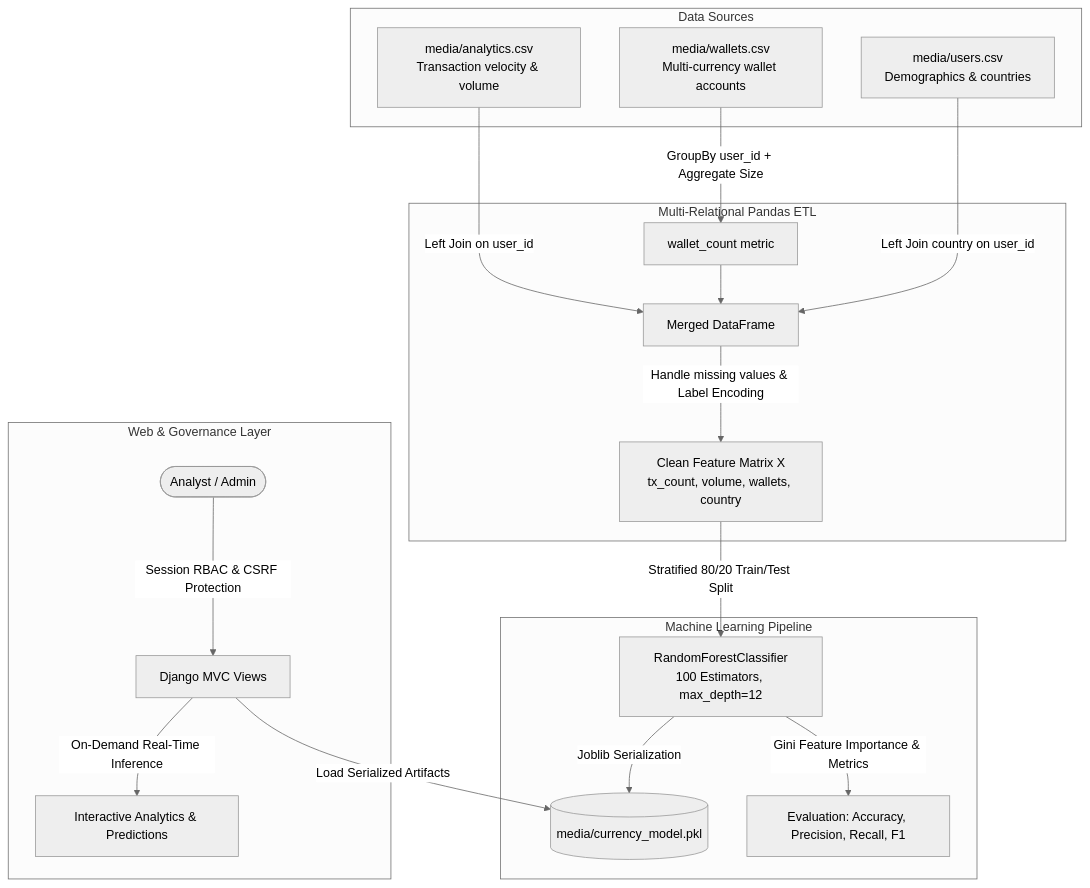
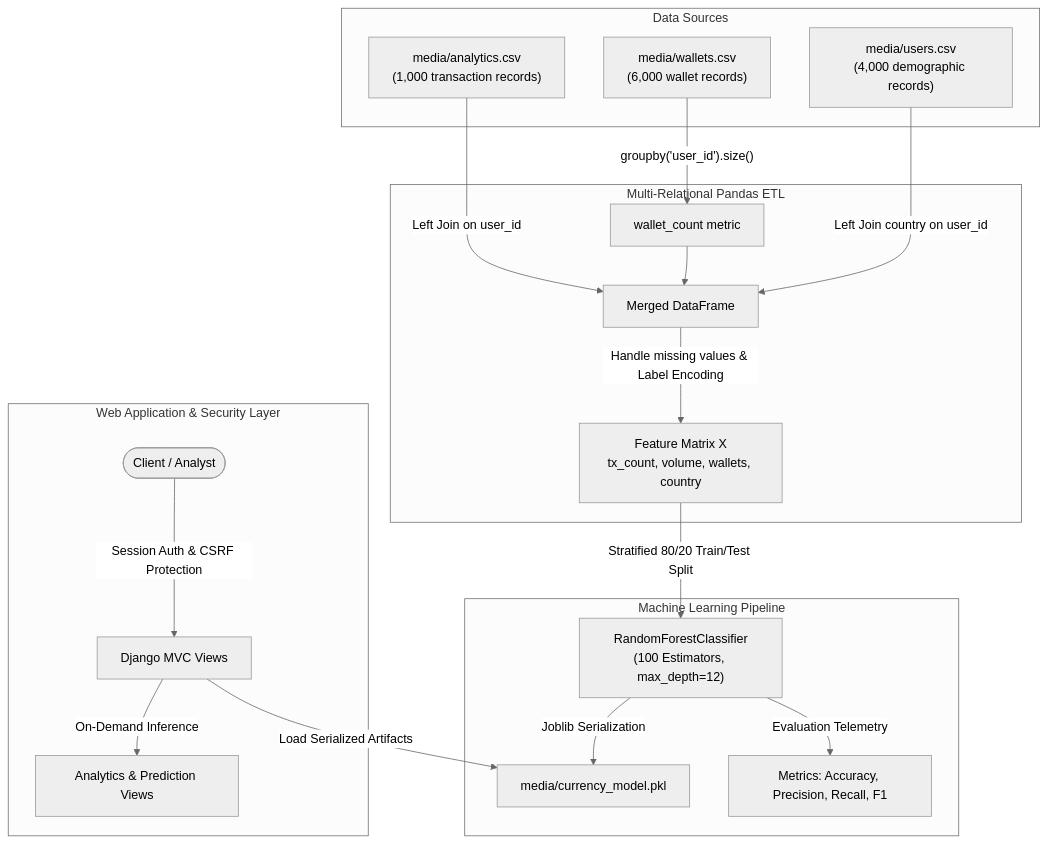
Before and after one commit to mullewarpramodh-tech/digital-currency-analytics-platform: the diagram in README.md, drawn with Mermaid (neutral theme). The commit also changed other lines of this file, not shown here.

````diff
--- a/README.md
+++ b/README.md
@@ -40,28 +53,28 @@
 ```mermaid
 flowchart TD
     subgraph Data Sources
-        A1[media/analytics.csv<br/>Transaction velocity & volume]
-        A2[media/wallets.csv<br/>Multi-currency wallet accounts]
-        A3[media/users.csv<br/>Demographics & countries]
+        A1["media/analytics.csv<br/>(1,000 transaction records)"]
+        A2["media/wallets.csv<br/>(6,000 wallet records)"]
+        A3["media/users.csv<br/>(4,000 demographic records)"]
     end
 
     subgraph Multi-Relational Pandas ETL
-        A2 -->|GroupBy user_id + Aggregate Size| B1[wallet_count metric]
-        A1 -->|Left Join on user_id| B2[Merged DataFrame]
+        A2 -->|"groupby('user_id').size()"| B1["wallet_count metric"]
+        A1 -->|"Left Join on user_id"| B2["Merged DataFrame"]
         B1 --> B2
-        A3 -->|Left Join country on user_id| B2
-        B2 -->|Handle missing values & Label Encoding| C[Clean Feature Matrix X<br/>tx_count, volume, wallets, country]
+        A3 -->|"Left Join country on user_id"| B2
+        B2 -->|"Handle missing values & Label Encoding"| C["Feature Matrix X<br/>tx_count, volume, wallets, country"]
     end
 
     subgraph Machine Learning Pipeline
-        C -->|Stratified 80/20 Train/Test Split| D[RandomForestClassifier<br/>100 Estimators, max_depth=12]
-        D -->|Gini Feature Importance & Metrics| E[Evaluation: Accuracy, Precision, Recall, F1]
-        D -->|Joblib Serialization| F[(media/currency_model.pkl)]
+        C -->|"Stratified 80/20 Train/Test Split"| D["RandomForestClassifier<br/>(100 Estimators, max_depth=12)"]
+        D -->|"Evaluation Telemetry"| E["Metrics: Accuracy, Precision, Recall, F1"]
+        D -->|"Joblib Serialization"| F["media/currency_model.pkl"]
     end
 
-    subgraph Web & Governance Layer
-        Client([Analyst / Admin]) -->|Session RBAC & CSRF Protection| G[Django MVC Views]
-        G -->|Load Serialized Artifacts| F
-        G -->|On-Demand Real-Time Inference| H[Interactive Analytics & Predictions]
+    subgraph Web Application & Security Layer
+        User(["Client / Analyst"]) -->|"Session Auth & CSRF Protection"| G["Django MVC Views"]
+        G -->|"Load Serialized Artifacts"| F
+        G -->|"On-Demand Inference"| H["Analytics & Prediction Views"]
     end
 ```
````
